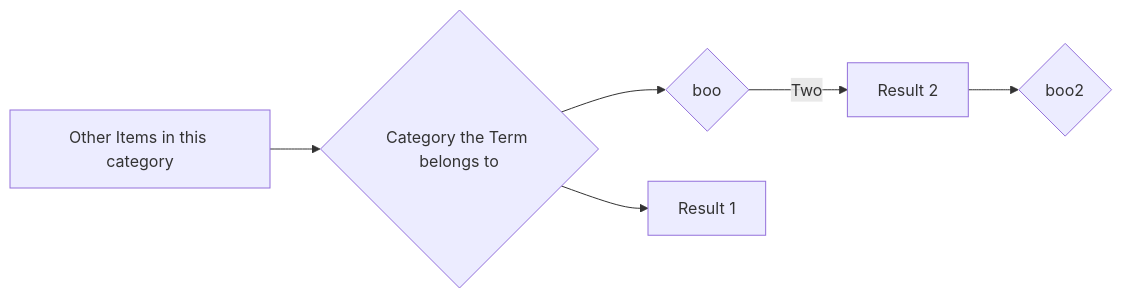
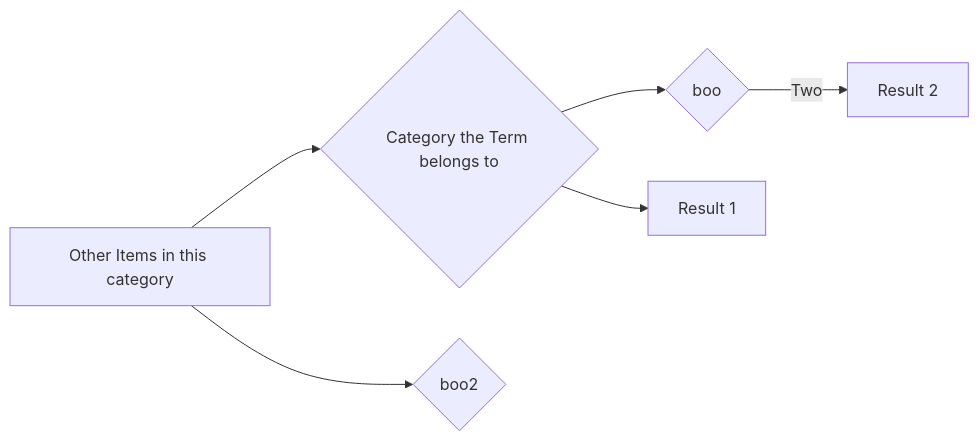
Before and after one commit to gerbssusd/dok: the diagram in slides.md, drawn with Mermaid.

````diff
--- a/slides.md
+++ b/slides.md
@@ -217,12 +217,12 @@
 ```mermaid {theme: 'neutral', scale: 0.8}
 graph LR
 A[Other Items in this category] --> B{Category the Term belongs to} 
 B--> C{boo} 
 B --> D[Result 1]
 C -->|Two| E[Result 2]
- --> G{boo2}
+A --> G{boo2}
 
 
 
 
 ```
````
